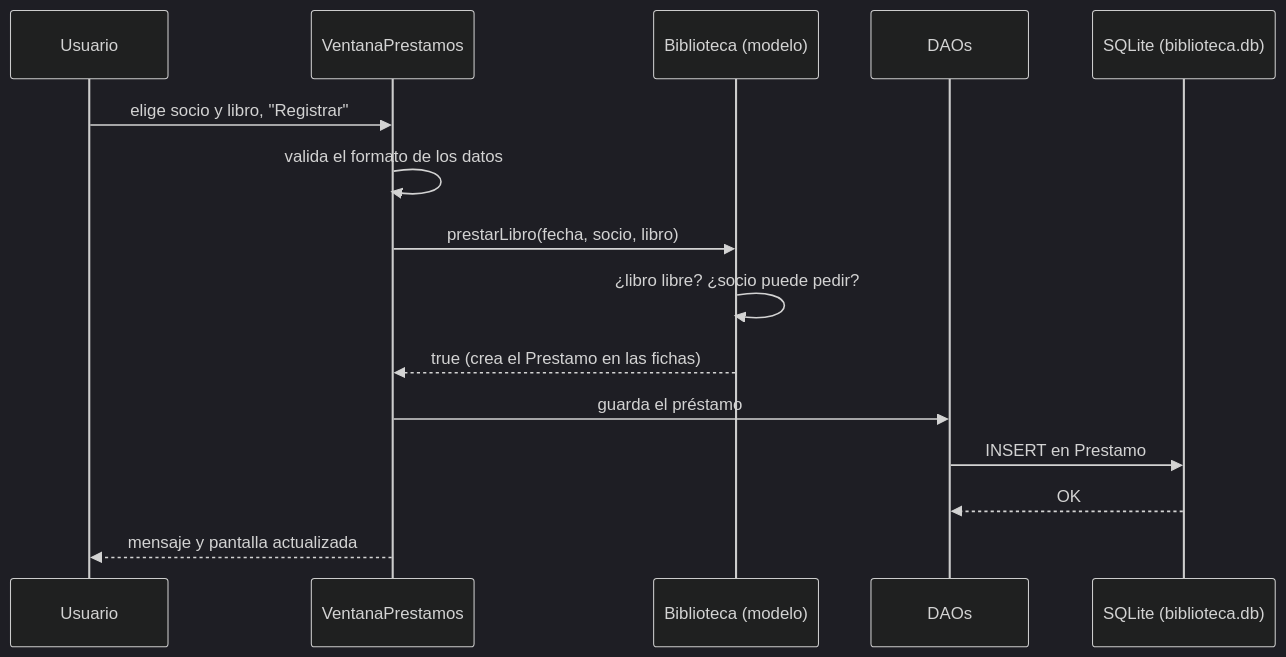
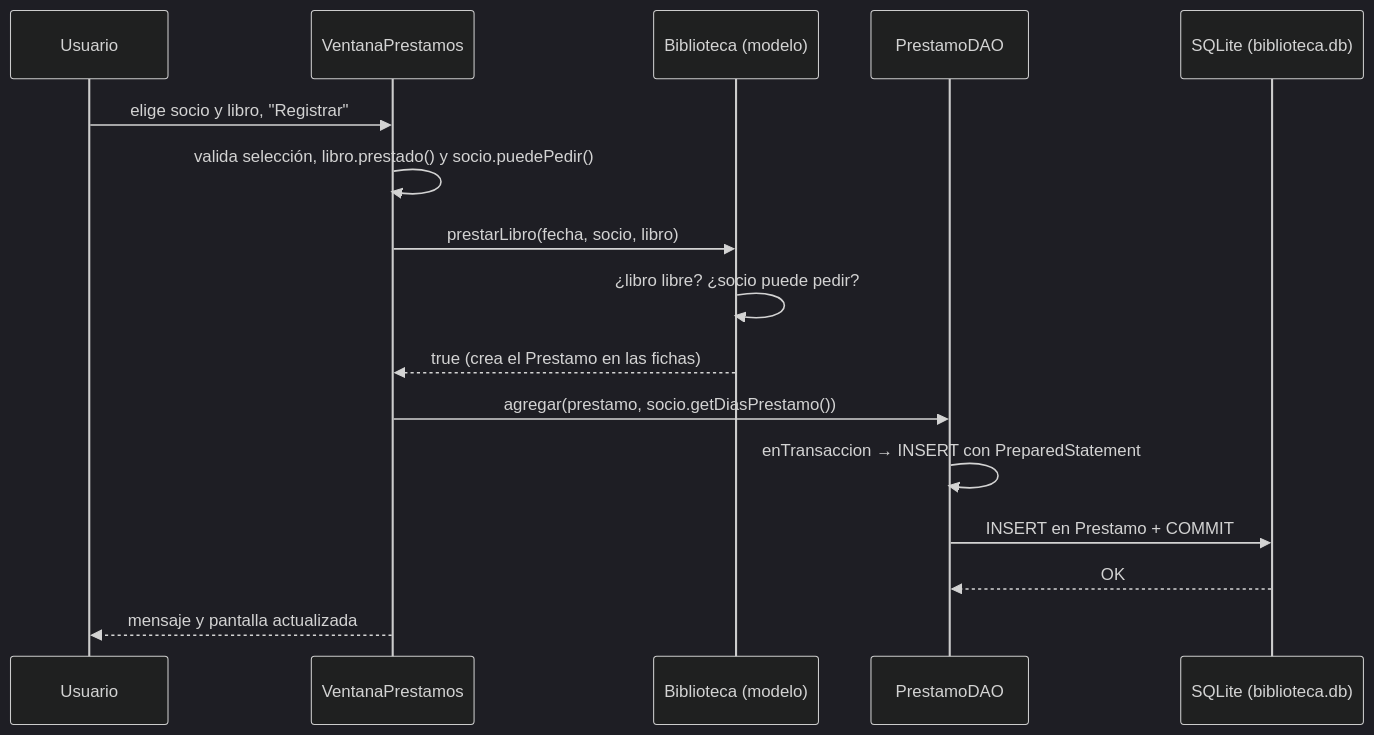
One commit to MiltonRodx/integrador-poo changed the third of 3 diagrams in docs/informe-tecnico.md. Above: the diagram before and after it, drawn with Mermaid (dark theme). The commit also changed other lines of this file and 1 other file, not shown here.

````diff
--- a/docs/informe-tecnico.md
+++ b/docs/informe-tecnico.md
@@ -361,18 +498,19 @@
 ```mermaid
 sequenceDiagram
     participant U as Usuario
     participant V as VentanaPrestamos
     participant M as Biblioteca (modelo)
-    participant D as DAOs
+    participant D as PrestamoDAO
     participant B as SQLite (biblioteca.db)
 
     U->>V: elige socio y libro, "Registrar"
-    V->>V: valida el formato de los datos
+    V->>V: valida selección, libro.prestado() y socio.puedePedir()
     V->>M: prestarLibro(fecha, socio, libro)
     M->>M: ¿libro libre? ¿socio puede pedir?
     M-->>V: true (crea el Prestamo en las fichas)
-    V->>D: guarda el préstamo
-    D->>B: INSERT en Prestamo
+    V->>D: agregar(prestamo, socio.getDiasPrestamo())
+    D->>D: enTransaccion → INSERT con PreparedStatement
+    D->>B: INSERT en Prestamo + COMMIT
     B-->>D: OK
     V-->>U: mensaje y pantalla actualizada
 ```
````
